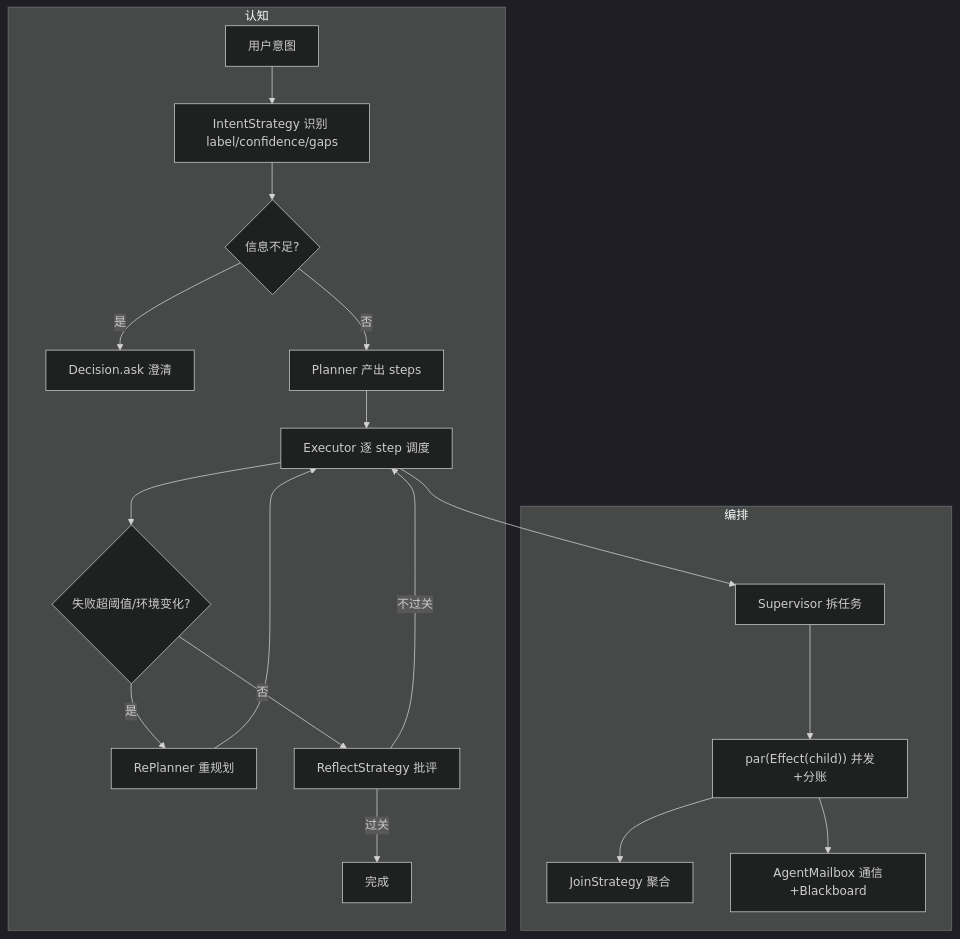
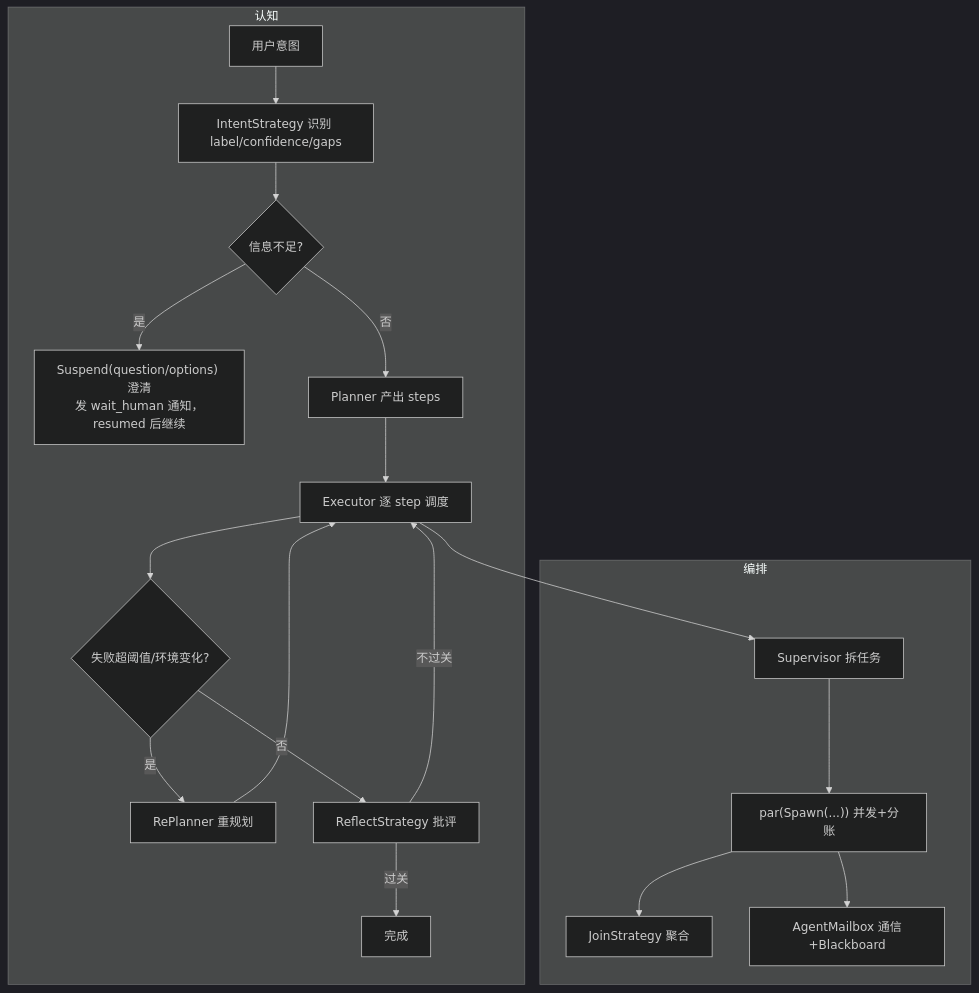
One commit to sao-lang/lll changed the diagram in docs/02-模块详设/Agent/R8-认知与多Agent编排.md. Above: the diagram before and after it, drawn with Mermaid (dark theme). The commit also changed other lines of this file and 127 other files, not shown here.

````diff
--- a/docs/02-模块详设/Agent/R8-认知与多Agent编排.md
+++ b/docs/02-模块详设/Agent/R8-认知与多Agent编排.md
@@ -22,20 +22,20 @@
 ```mermaid
 flowchart TD
     subgraph 认知
         UI["用户意图"] --> INT["IntentStrategy 识别 label/confidence/gaps"]
         INT --> CLR{"信息不足?"}
-        CLR -->|是| ASK["Decision.ask 澄清"]
+        CLR -->|是| ASK["Suspend(question/options) 澄清<br/>发 wait_human 通知，resumed 后继续"]
         CLR -->|否| PLAN["Planner 产出 steps"] --> EXEC["Executor 逐 step 调度"]
         EXEC --> F{"失败超阈值/环境变化?"}
         F -->|是| RP["RePlanner 重规划"] --> EXEC
         F -->|否| REF["ReflectStrategy 批评"] 
         REF -->|不过关| EXEC
         REF -->|过关| DONE["完成"]
     end
     subgraph 编排
-        SUP["Supervisor 拆任务"] --> PAR["par(Effect(child)) 并发+分账"]
+        SUP["Supervisor 拆任务"] --> PAR["par(Spawn(...)) 并发+分账"]
         PAR --> JOIN["JoinStrategy 聚合"]
         PAR --> COM["AgentMailbox 通信+Blackboard"]
     end
     EXEC --> SUP
 ```
````
